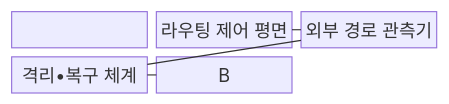
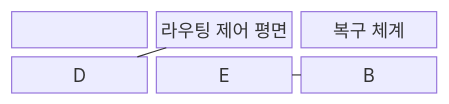
One commit to agnusdei1207/knowledge-base changed the first of 2 diagrams in src/content/docs/notes/04-network/110_bgp_hijacking_prevention.md. Above: the diagram before and after it, drawn with Mermaid. The commit also changed other lines of this file and 16 other files, not shown here.

````diff
--- a/src/content/docs/notes/04-network/110_bgp_hijacking_prevention.md
+++ b/src/content/docs/notes/04-network/110_bgp_hijacking_prevention.md
@@ -64,8 +72,8 @@
 ```mermaid
 block-beta
     columns 3
-    A["RPKI•IRR 신뢰원"] --- B["BGP 수용 필터"] --- C["라우팅 제어 평면"]
-    D["외부 경로 관측기"] --- E["격리•복구 체계"]
+    A["RPKI"] --- F["IRR"] --- B["BGP 수용 필터"] --- C["라우팅 제어 평면"]
+    D["외부 경로 관측기"] --- E["격리 체계"] --- G["복구 체계"]
     C --- D
     E --- B
 ```
````
